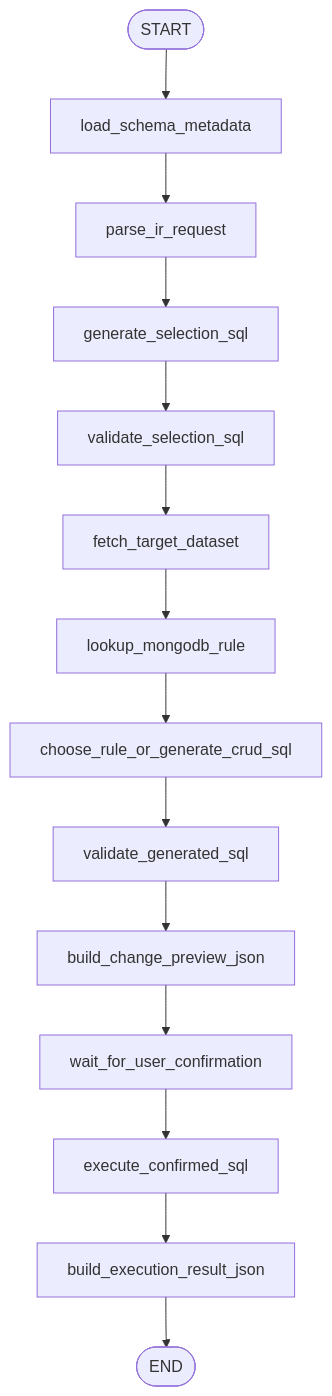
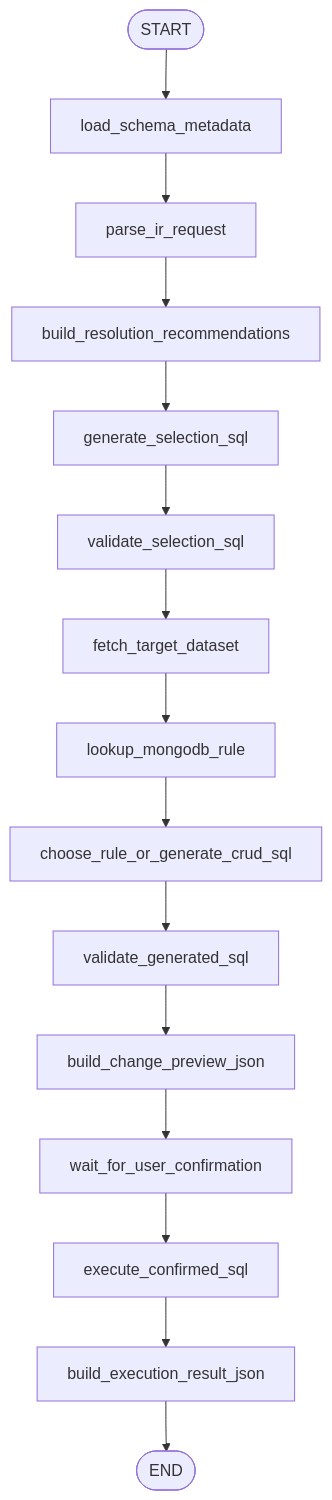
One commit to HRDI0/TextToSQL_by_localLLM changed the third of 12 diagrams in docs/public/project_structure_and_prompt_design_ko.md. Above: the diagram before and after it, drawn with Mermaid. The commit also changed other lines of this file and 25 other files, not shown here.

````diff
--- a/docs/public/project_structure_and_prompt_design_ko.md
+++ b/docs/public/project_structure_and_prompt_design_ko.md
@@ -128,19 +129,20 @@
 ```mermaid
 flowchart TD
     Start(["START"])
     LoadMeta["load_schema_metadata"]
     ParseIR["parse_ir_request"]
+    Recommend["build_resolution_recommendations"]
     GenSelect["generate_selection_sql"]
     ValSelect["validate_selection_sql"]
     FetchRows["fetch_target_dataset"]
     RuleLookup["lookup_mongodb_rule"]
     GenCrud["choose_rule_or_generate_crud_sql"]
     ValSql["validate_generated_sql"]
     BuildPreview["build_change_preview_json"]
     Confirm["wait_for_user_confirmation"]
     Execute["execute_confirmed_sql"]
     Final["build_execution_result_json"]
     End(["END"])
 
-    Start --> LoadMeta --> ParseIR --> GenSelect --> ValSelect --> FetchRows --> RuleLookup --> GenCrud --> ValSql --> BuildPreview --> Confirm --> Execute --> Final --> End
+    Start --> LoadMeta --> ParseIR --> Recommend --> GenSelect --> ValSelect --> FetchRows --> RuleLookup --> GenCrud --> ValSql --> BuildPreview --> Confirm --> Execute --> Final --> End
 ```
````
